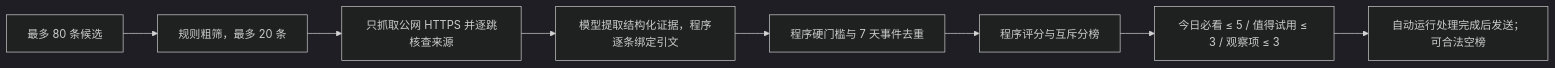
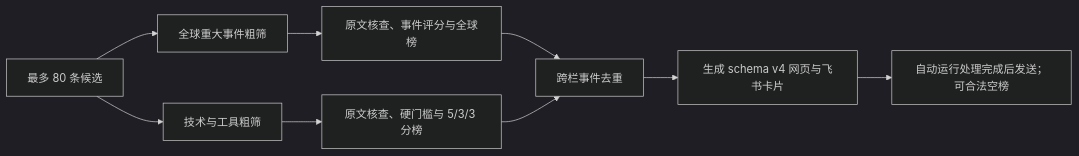
The diagram in README.md (bgu436475-ops/Baic-AI-Message-Bot), drawn with Mermaid (dark theme) before and after one commit. The commit also changed other lines of this file and 5 other files, not shown here.

````diff
--- a/README.md
+++ b/README.md
@@ -9,10 +9,11 @@
 ```mermaid
 flowchart LR
-    A[最多 80 条候选] --> B[规则粗筛，最多 20 条]
-    B --> C[只抓取公网 HTTPS 并逐跳核查来源]
-    C --> D[模型提取结构化证据，程序逐条绑定引文]
-    D --> E[程序硬门槛与 7 天事件去重]
-    E --> F[程序评分与互斥分榜]
-    F --> G[今日必看 ≤ 5 / 值得试用 ≤ 3 / 观察项 ≤ 3]
-    G --> H[自动运行处理完成后发送；可合法空榜]
+    A[最多 80 条候选] --> B1[全球重大事件粗筛]
+    A --> B2[技术与工具粗筛]
+    B1 --> C1[原文核查、事件评分与全球榜]
+    B2 --> C2[原文核查、硬门槛与 5/3/3 分榜]
+    C1 --> D[跨栏事件去重]
+    C2 --> D
+    D --> E[生成 schema v4 网页与飞书卡片]
+    E --> F[自动运行处理完成后发送；可合法空榜]
 ```
````
